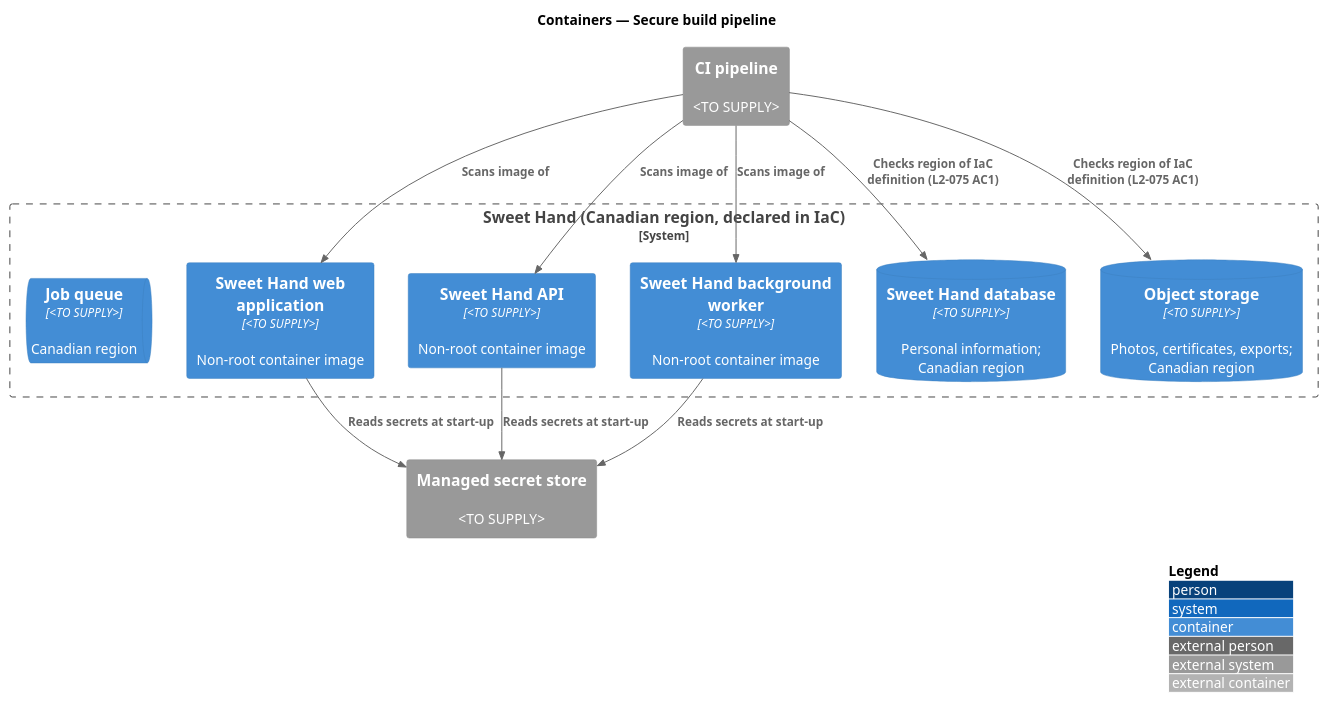
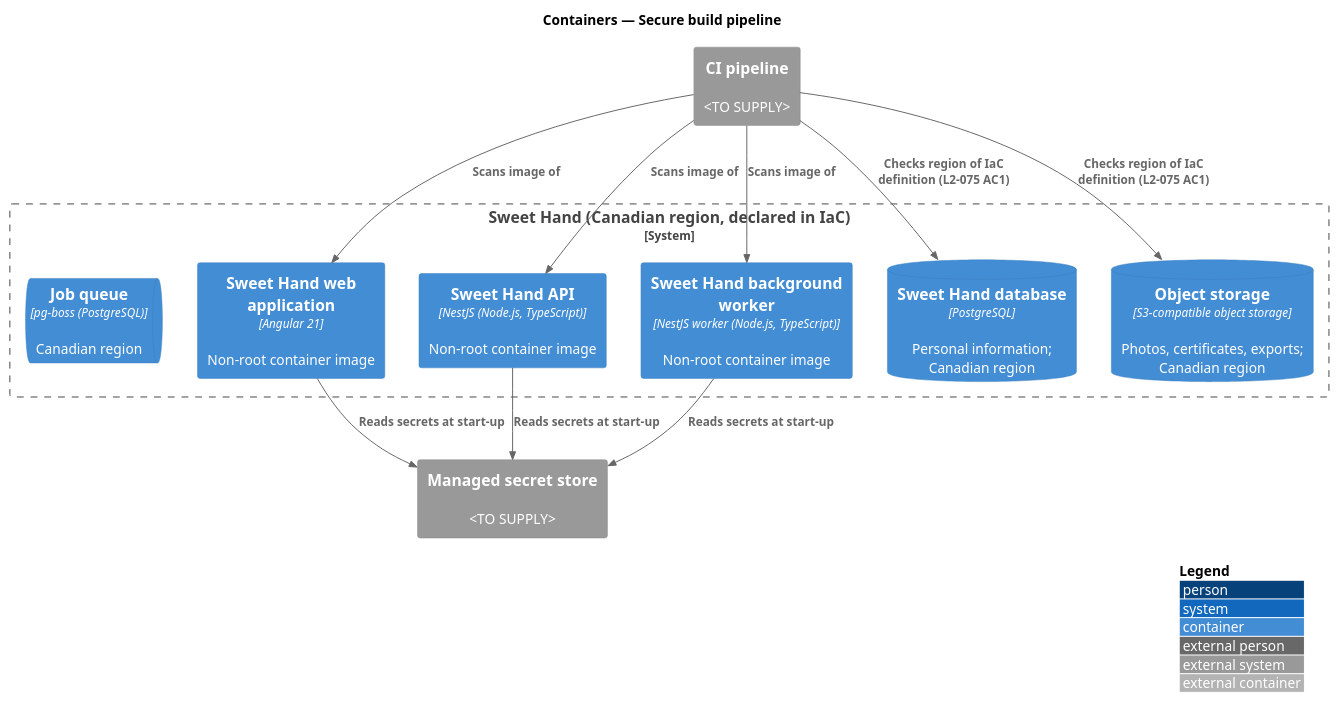
The diagram in docs/detailed-designs/platform/secure-build-pipeline/diagrams/c4-container.puml (QuinntyneBrown/sweet-hand), drawn with PlantUML before and after one commit. The commit also changed 34 other files, not shown here.

```diff
--- a/docs/detailed-designs/platform/secure-build-pipeline/diagrams/c4-container.puml
+++ b/docs/detailed-designs/platform/secure-build-pipeline/diagrams/c4-container.puml
@@ -1,25 +1,25 @@
 @startuml
 !include <C4/C4_Container>
 LAYOUT_WITH_LEGEND()
 title Containers — Secure build pipeline
 
 System_Ext(ci, "CI pipeline", "<TO SUPPLY>")
 System_Ext(secrets, "Managed secret store", "<TO SUPPLY>")
 System_Boundary(sweethand, "Sweet Hand (Canadian region, declared in IaC)") {
-  Container(web, "Sweet Hand web application", "<TO SUPPLY>", "Non-root container image")
-  Container(api, "Sweet Hand API", "<TO SUPPLY>", "Non-root container image")
-  Container(worker, "Sweet Hand background worker", "<TO SUPPLY>", "Non-root container image")
-  ContainerDb(db, "Sweet Hand database", "<TO SUPPLY>", "Personal information; Canadian region")
-  ContainerDb(storage, "Object storage", "<TO SUPPLY>", "Photos, certificates, exports; Canadian region")
-  ContainerQueue(queue, "Job queue", "<TO SUPPLY>", "Canadian region")
+  Container(web, "Sweet Hand web application", "Angular 21", "Non-root container image")
+  Container(api, "Sweet Hand API", "NestJS (Node.js, TypeScript)", "Non-root container image")
+  Container(worker, "Sweet Hand background worker", "NestJS worker (Node.js, TypeScript)", "Non-root container image")
+  ContainerDb(db, "Sweet Hand database", "PostgreSQL", "Personal information; Canadian region")
+  ContainerDb(storage, "Object storage", "S3-compatible object storage", "Photos, certificates, exports; Canadian region")
+  ContainerQueue(queue, "Job queue", "pg-boss (PostgreSQL)", "Canadian region")
 }
 
 Rel(ci, web, "Scans image of")
 Rel(ci, api, "Scans image of")
 Rel(ci, worker, "Scans image of")
 Rel(ci, db, "Checks region of IaC definition (L2-075 AC1)")
 Rel(ci, storage, "Checks region of IaC definition (L2-075 AC1)")
 Rel(web, secrets, "Reads secrets at start-up")
 Rel(api, secrets, "Reads secrets at start-up")
 Rel(worker, secrets, "Reads secrets at start-up")
 @enduml
```
